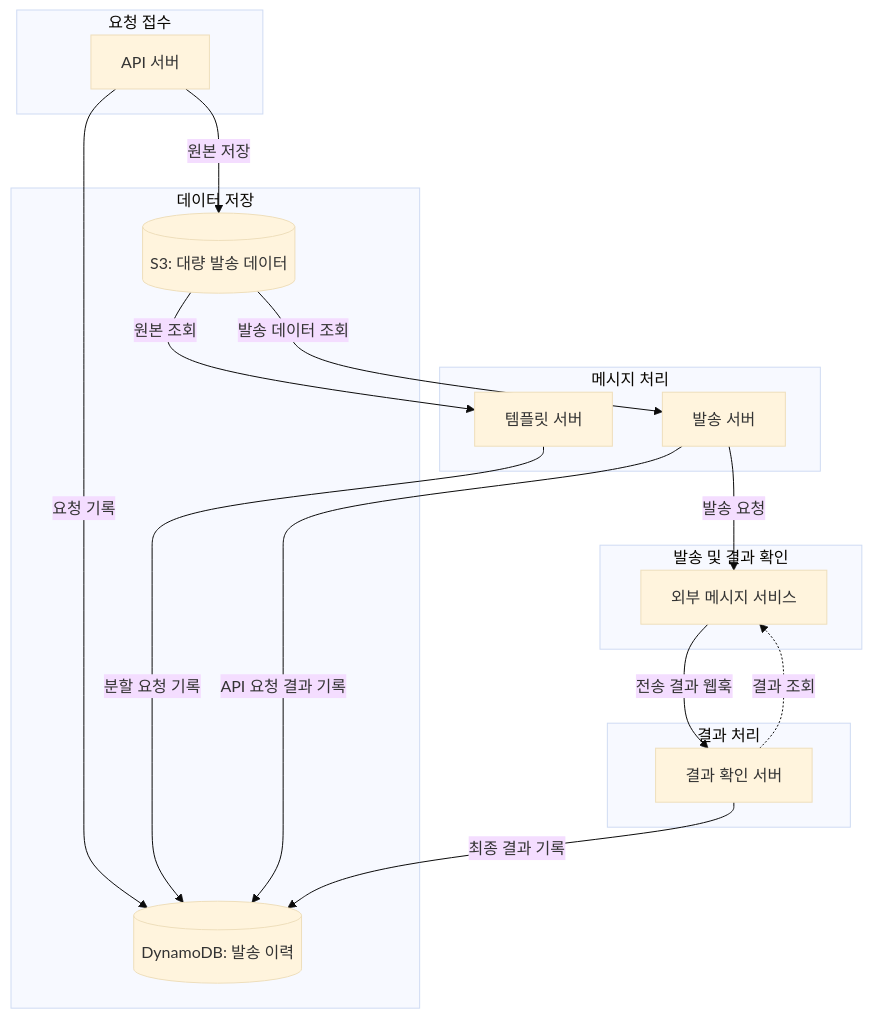
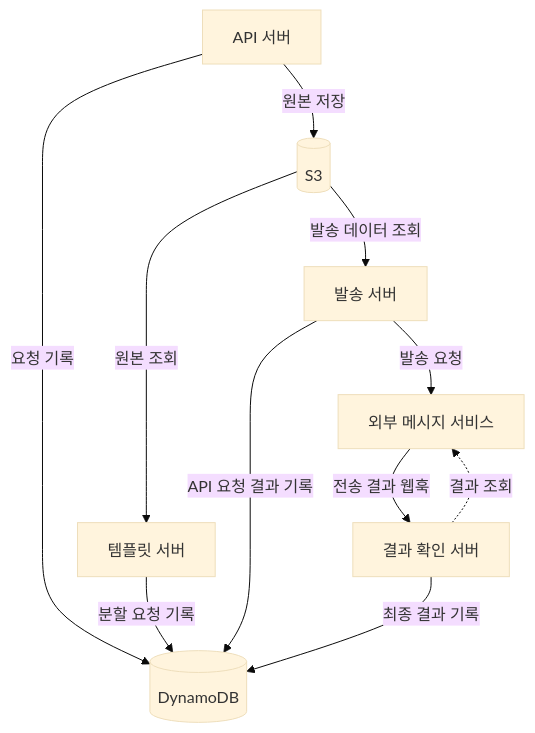
One commit to KimHG1995/work-history changed the third of 3 diagrams in projects/education-services/notifications.md. Above: the diagram before and after it, drawn with Mermaid (base theme). The commit also changed other lines of this file, not shown here.

Commit message:
docs: restore coupon intake paths and compact architecture diagrams

````diff
--- a/projects/education-services/notifications.md
+++ b/projects/education-services/notifications.md
@@ -141,35 +141,21 @@
 ```mermaid
 flowchart TB
-    subgraph Entry["요청 접수"]
-        api["API 서버"]
-    end
-
-    subgraph Storage["데이터 저장"]
-        s3[("S3: 대량 발송 데이터")]
-        db[("DynamoDB: 발송 이력")]
-    end
-
-    subgraph Processing["메시지 처리"]
-        template["템플릿 서버"]
-        sender["발송 서버"]
-    end
-
-    subgraph Delivery["발송 및 결과 확인"]
-        provider["외부 메시지 서비스"]
-    end
-
-    subgraph Result["결과 처리"]
-        ack["결과 확인 서버"]
-    end
+    api["API 서버"]
+    s3[("S3")]
+    db[("DynamoDB")]
+    template["템플릿 서버"]
+    sender["발송 서버"]
+    provider["외부 메시지 서비스"]
+    ack["결과 확인 서버"]
 
     api -->|원본 저장| s3
     api -->|요청 기록| db
     s3 -->|원본 조회| template
     s3 -->|발송 데이터 조회| sender
     template -->|분할 요청 기록| db
     sender -->|발송 요청| provider
     sender -->|API 요청 결과 기록| db
     provider -->|전송 결과 웹훅| ack
     ack -.->|결과 조회| provider
     ack -->|최종 결과 기록| db
 ```
````
